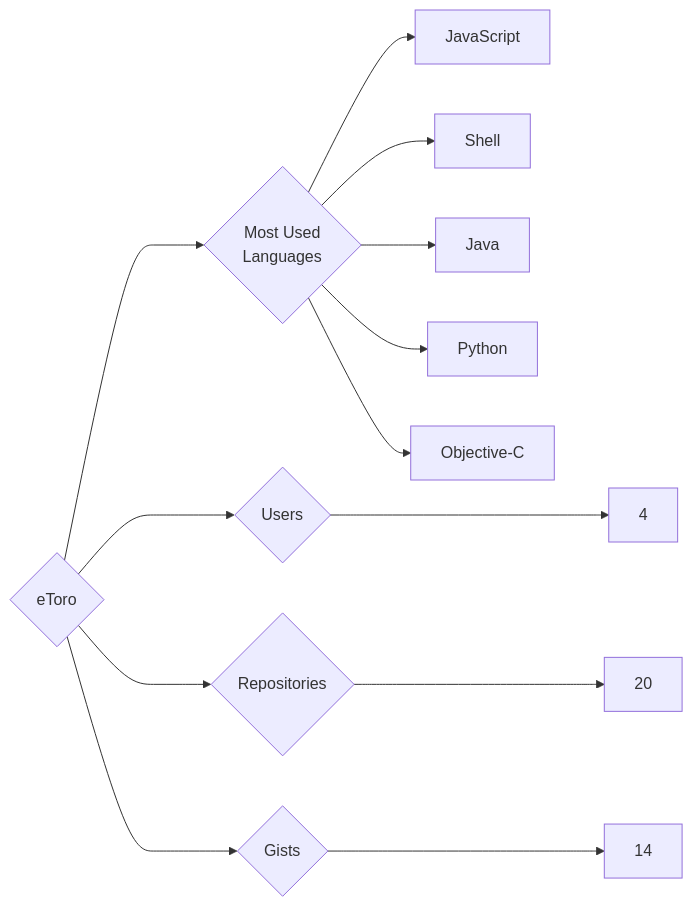
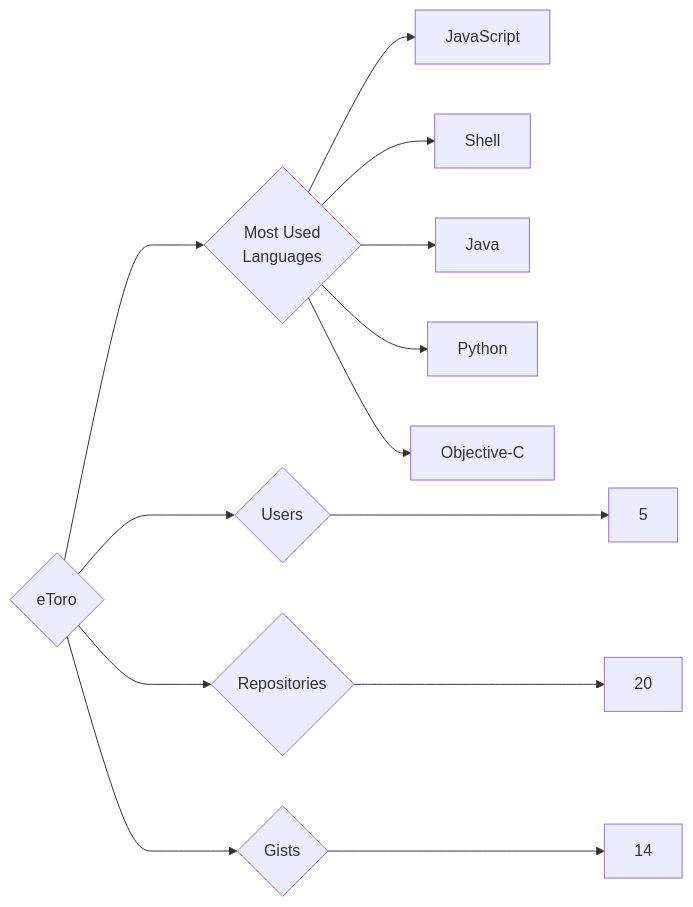
Before and after one commit to trickest/insiders: the diagram in targets/eToro/README.md, drawn with Mermaid. The commit also changed 938 other files, not shown here.

````diff
--- a/targets/eToro/README.md
+++ b/targets/eToro/README.md
@@ -3,13 +3,13 @@
 ```mermaid
 graph LR
 COMPANY_NAME{eToro}
-COMPANY_NAME ---> U{Users} ---> UN[4]
+COMPANY_NAME ---> U{Users} ---> UN[5]
 COMPANY_NAME ---> R{Repositories} ---> RN[20]
 COMPANY_NAME ---> G{Gists} ---> GN[14]
 COMPANY_NAME ---> ML{Most Used<br>Languages}
 ML --> JavaScript[JavaScript]
 ML --> Shell[Shell]
 ML --> Java[Java]
 ML --> Python[Python]
 ML --> Objective-C[Objective-C]
 ```
````
